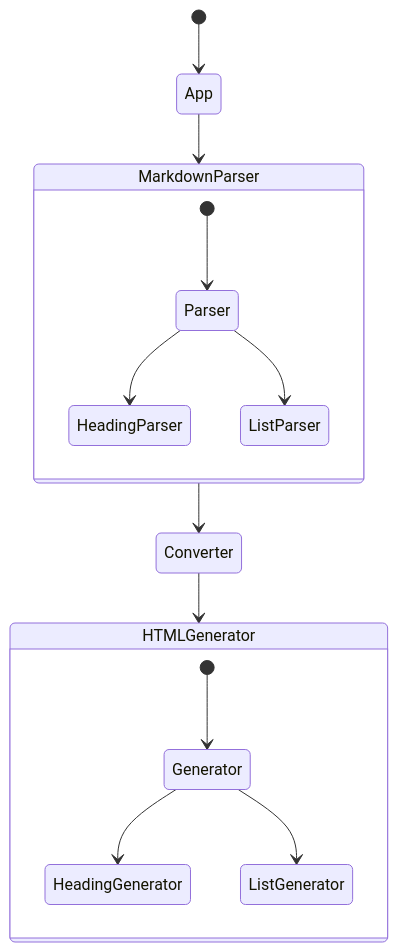
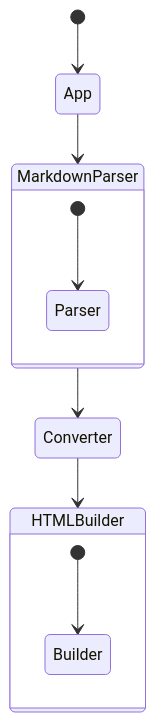
One commit to a-pompom/Python-markdownParser changed the diagram in document/source/architecture.md. Above: the diagram before and after it, drawn with Mermaid. The commit also changed other lines of this file and 1 other file, not shown here.

````diff
--- a/document/source/architecture.md
+++ b/document/source/architecture.md
@@ -21,20 +8,16 @@
 ```{mermaid}
 stateDiagram-v2
     [*] --> App
     App --> MarkdownParser
   
     state MarkdownParser {
         [*] --> Parser
-        Parser --> HeadingParser
-        Parser --> ListParser
     }
     
     MarkdownParser --> Converter
-    Converter --> HTMLGenerator
+    Converter --> HTMLBuilder
     
-    state HTMLGenerator {
-        [*] --> Generator
-        Generator --> HeadingGenerator
-        Generator --> ListGenerator
+    state HTMLBuilder {
+        [*] --> Builder
     }
 ```
````
